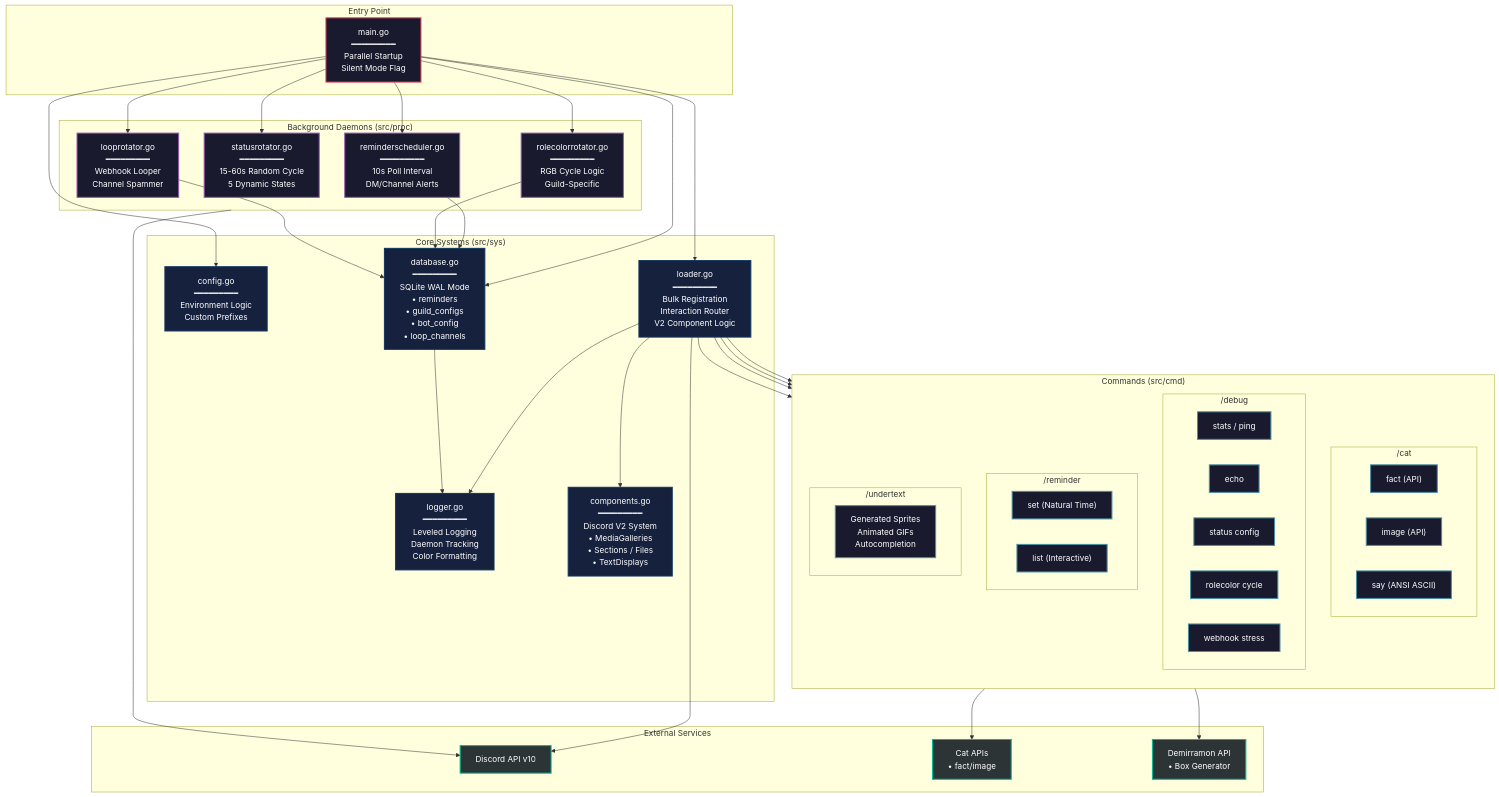
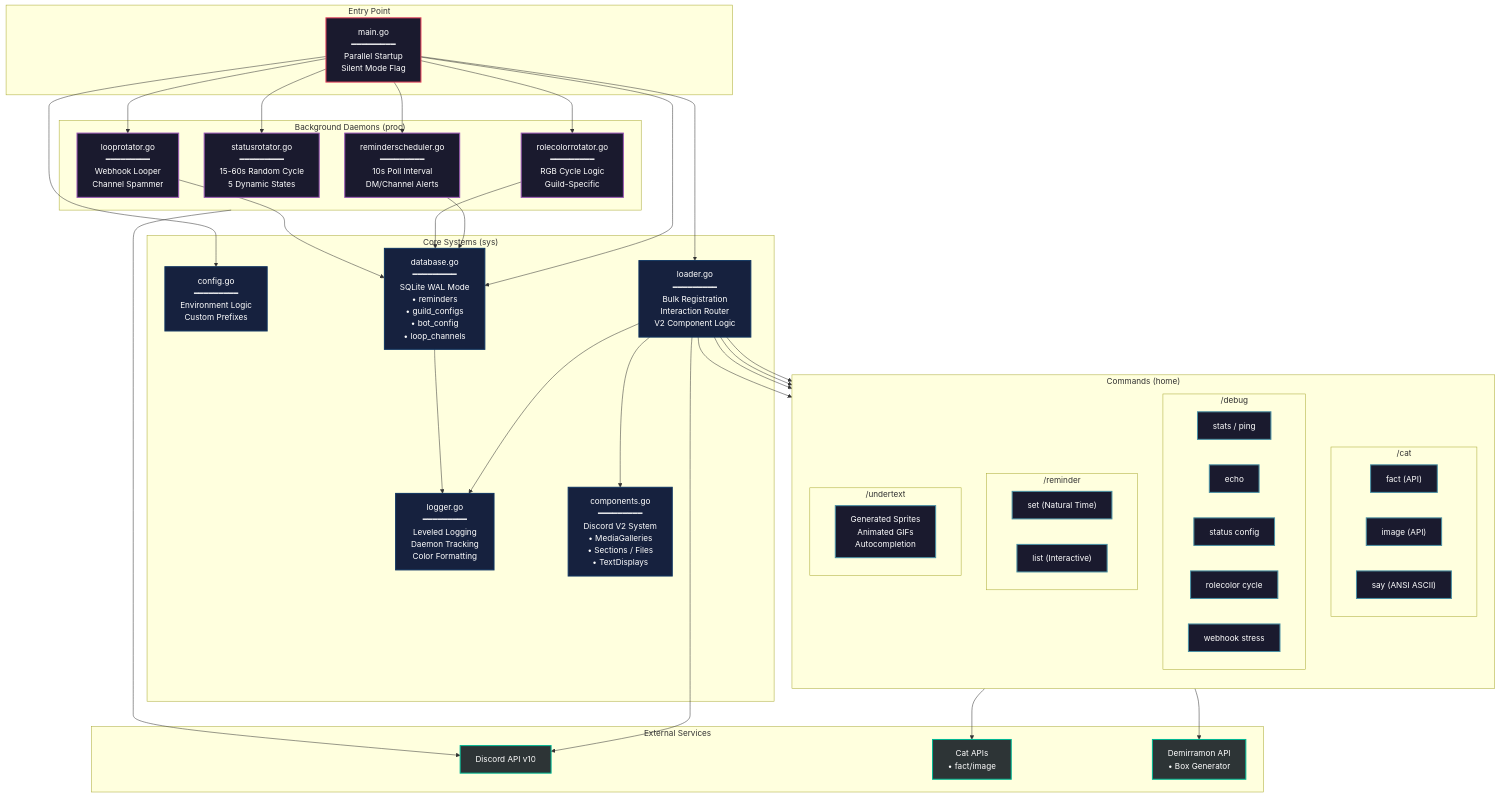
The diagram in README.md (leeineian/kokoro), drawn with Mermaid before and after one commit. The commit also changed other lines of this file, not shown here.

```diff
--- a/README.md
+++ b/README.md
@@ -4,7 +4,7 @@
         Main["main.go<br/>━━━━━━━━━<br/>Parallel Startup<br/>Silent Mode Flag"]
     end
 
-    subgraph Core["Core Systems (src/sys)"]
+    subgraph Core["Core Systems (sys)"]
         Config["config.go<br/>━━━━━━━━━<br/>Environment Logic<br/>Custom Prefixes"]
         Database["database.go<br/>━━━━━━━━━<br/>SQLite WAL Mode<br/>• reminders<br/>• guild_configs<br/>• bot_config<br/>• loop_channels"]
         Loader["loader.go<br/>━━━━━━━━━<br/>Bulk Registration<br/>Interaction Router<br/>V2 Component Logic"]
@@ -12,7 +12,7 @@
         Components["components.go<br/>━━━━━━━━━<br/>Discord V2 System<br/>• MediaGalleries<br/>• Sections / Files<br/>• TextDisplays"]
     end
 
-    subgraph Commands["Commands (src/cmd)"]
+    subgraph Commands["Commands (home)"]
         direction TB
         
         subgraph CatCmd["/cat"]
@@ -39,7 +39,7 @@
         end
     end
 
-    subgraph Daemons["Background Daemons (src/proc)"]
+    subgraph Daemons["Background Daemons (proc)"]
         ReminderScheduler["reminderscheduler.go<br/>━━━━━━━━━<br/>10s Poll Interval<br/>DM/Channel Alerts"]
         StatusRotator["statusrotator.go<br/>━━━━━━━━━<br/>15-60s Random Cycle<br/>5 Dynamic States"]
         RoleColorRotator["rolecolorrotator.go<br/>━━━━━━━━━<br/>RGB Cycle Logic<br/>Guild-Specific"]
```
